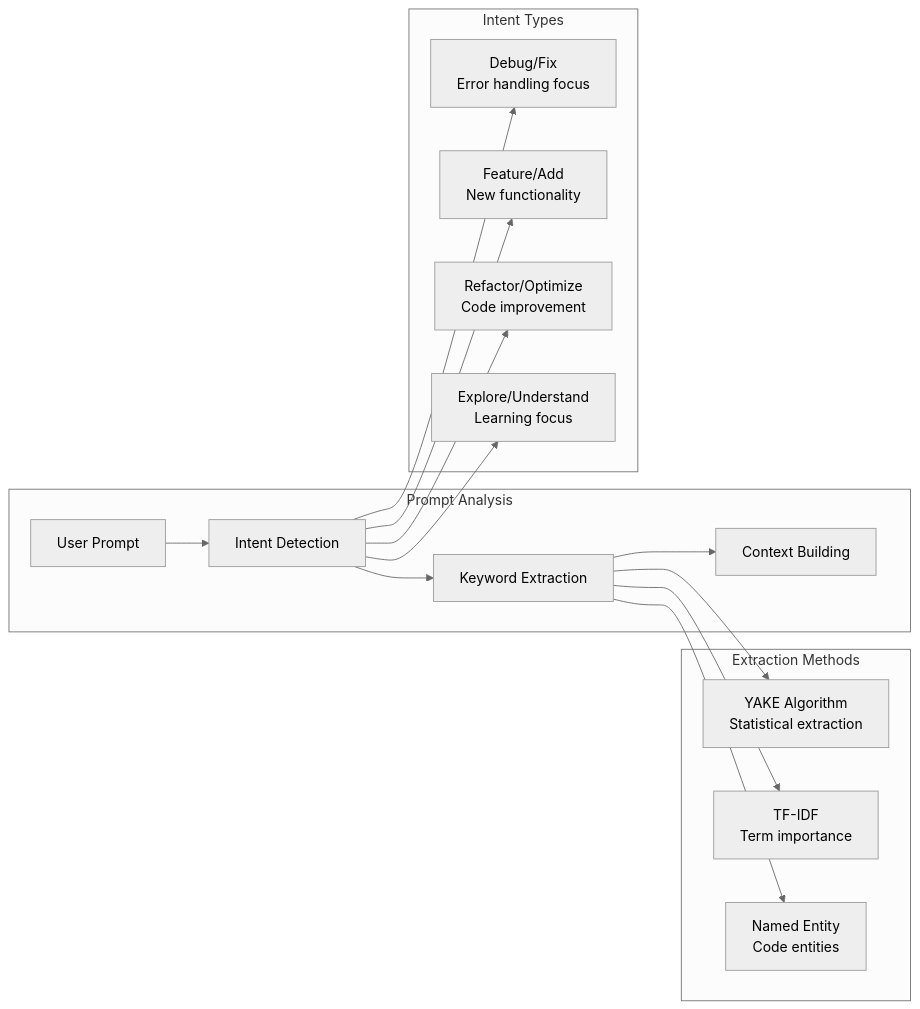
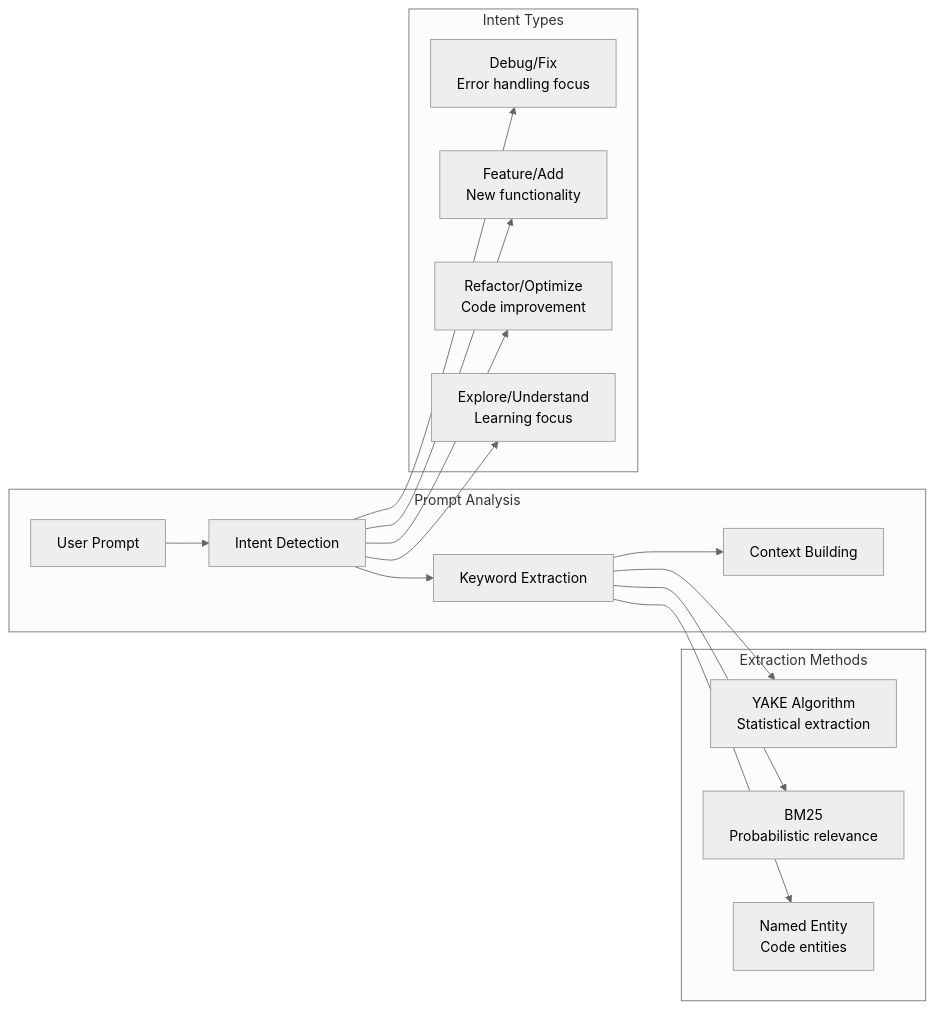
Before and after one commit to jddunn/tenets: the ninth of 11 diagrams in docs/architecture/core_systems.md, drawn with Mermaid (neutral theme). The commit also changed other lines of this file and 7 other files, not shown here.

````diff
--- a/docs/architecture/core_systems.md
+++ b/docs/architecture/core_systems.md
@@ -741,35 +749,35 @@
 ```mermaid
 graph LR
     subgraph "Prompt Analysis"
         INPUT[User Prompt]
         INTENT[Intent Detection]
         KEYWORDS[Keyword Extraction]
         CONTEXT[Context Building]
     end
 
     subgraph "Intent Types"
         DEBUG[Debug/Fix<br/>Error handling focus]
         FEATURE[Feature/Add<br/>New functionality]
         REFACTOR[Refactor/Optimize<br/>Code improvement]
         EXPLORE[Explore/Understand<br/>Learning focus]
     end
 
     subgraph "Extraction Methods"
         YAKE[YAKE Algorithm<br/>Statistical extraction]
-        TFIDF[TF-IDF<br/>Term importance]
+        BM25[BM25<br/>Probabilistic relevance]
         NER[Named Entity<br/>Code entities]
     end
 
     INPUT --> INTENT
     INTENT --> KEYWORDS
     KEYWORDS --> CONTEXT
 
     INTENT --> DEBUG
     INTENT --> FEATURE
     INTENT --> REFACTOR
     INTENT --> EXPLORE
 
     KEYWORDS --> YAKE
-    KEYWORDS --> TFIDF
+    KEYWORDS --> BM25
     KEYWORDS --> NER
 ```
````
